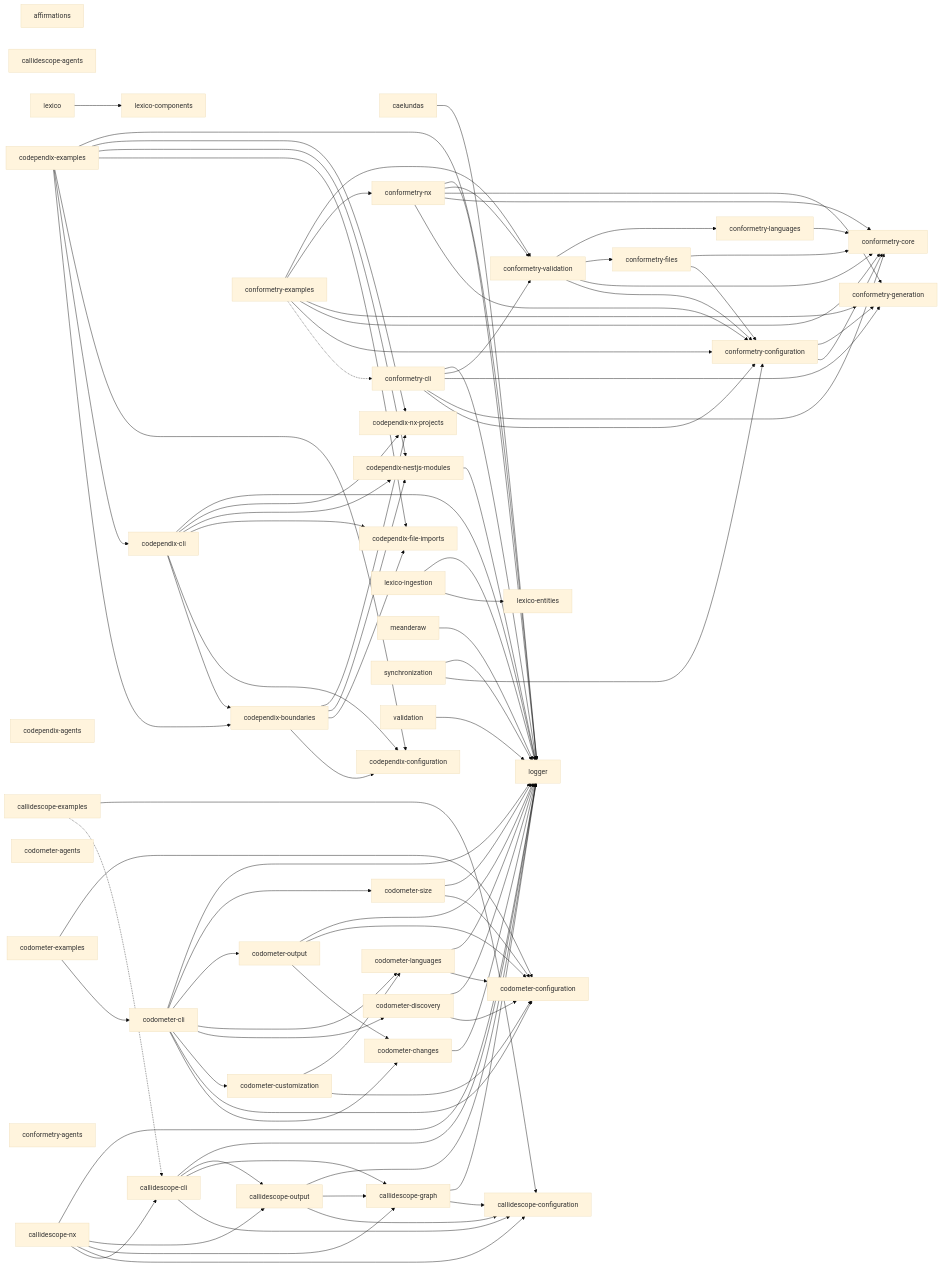
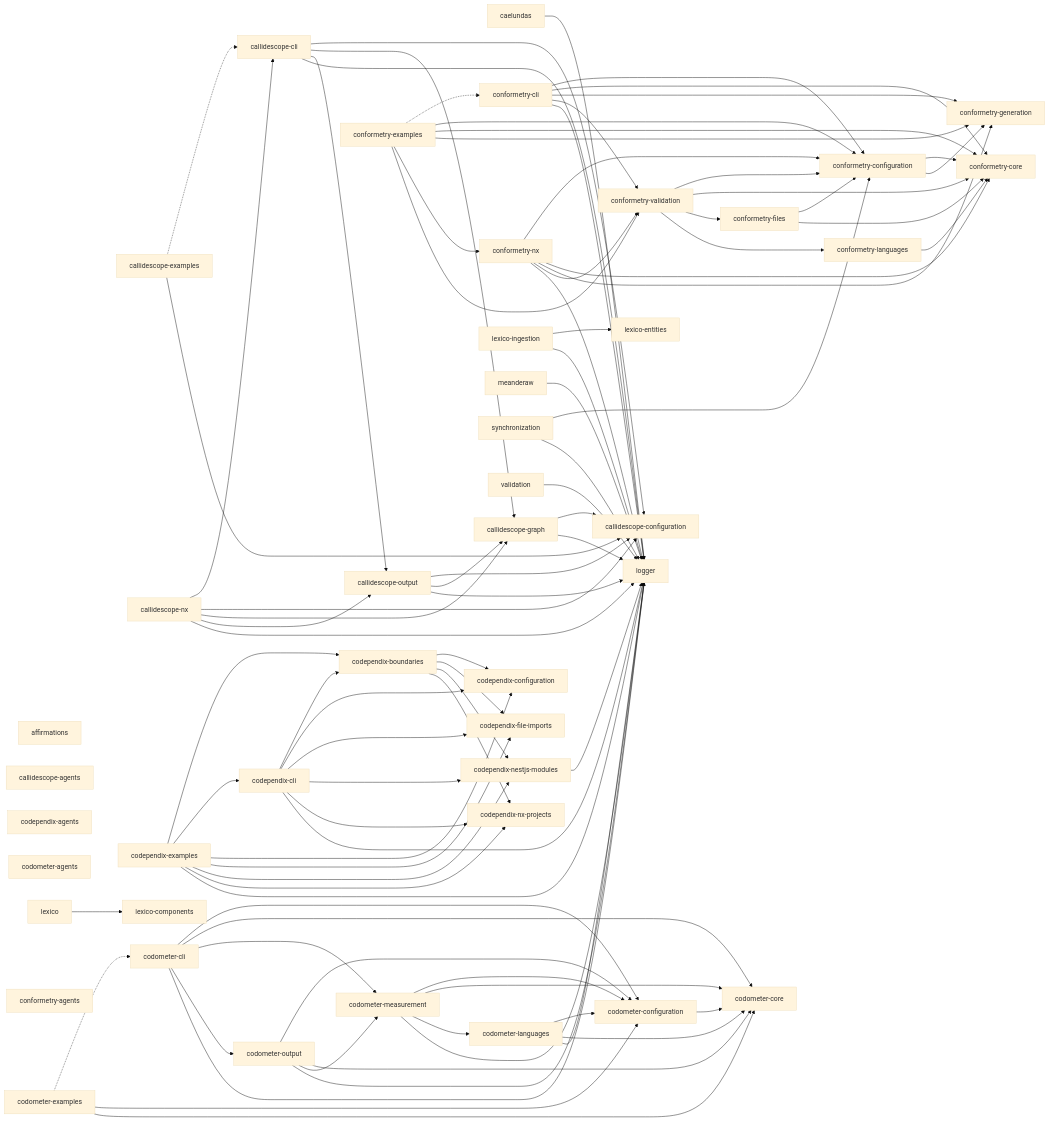
The diagram in README.md (JimmyPaolini/codebase), drawn with Mermaid (base theme) before and after one commit. The commit also changed other lines of this file and 248 other files, not shown here.

Commit message:
refactor(codometer,configuration): ♻️ put codometer on the ic-suite five-layer spine

```diff
--- a/README.md
+++ b/README.md
@@ -203,15 +201,13 @@
   codependix_nestjs_modules["codependix-nestjs-modules"]
   codependix_nx_projects["codependix-nx-projects"]
   codometer_agents["codometer-agents"]
-  codometer_changes["codometer-changes"]
   codometer_cli["codometer-cli"]
   codometer_configuration["codometer-configuration"]
-  codometer_customization["codometer-customization"]
-  codometer_discovery["codometer-discovery"]
+  codometer_core["codometer-core"]
   codometer_examples["codometer-examples"]
   codometer_languages["codometer-languages"]
+  codometer_measurement["codometer-measurement"]
   codometer_output["codometer-output"]
-  codometer_size["codometer-size"]
   conformetry_agents["conformetry-agents"]
   conformetry_cli["conformetry-cli"]
   conformetry_configuration["conformetry-configuration"]
@@ -265,28 +261,26 @@
   codependix_examples --> codependix_nx_projects
   codependix_examples --> logger
   codependix_nestjs_modules --> logger
-  codometer_changes --> logger
-  codometer_cli --> codometer_changes
   codometer_cli --> codometer_configuration
-  codometer_cli --> codometer_customization
-  codometer_cli --> codometer_discovery
-  codometer_cli --> codometer_languages
+  codometer_cli --> codometer_core
+  codometer_cli --> codometer_measurement
   codometer_cli --> codometer_output
-  codometer_cli --> codometer_size
   codometer_cli --> logger
-  codometer_customization --> codometer_configuration
-  codometer_customization --> codometer_languages
-  codometer_discovery --> codometer_configuration
-  codometer_discovery --> logger
-  codometer_examples --> codometer_cli
+  codometer_configuration --> codometer_core
+  codometer_examples -.-> codometer_cli
   codometer_examples --> codometer_configuration
+  codometer_examples --> codometer_core
   codometer_languages --> codometer_configuration
+  codometer_languages --> codometer_core
   codometer_languages --> logger
-  codometer_output --> codometer_changes
+  codometer_measurement --> codometer_configuration
+  codometer_measurement --> codometer_core
+  codometer_measurement --> codometer_languages
+  codometer_measurement --> logger
   codometer_output --> codometer_configuration
+  codometer_output --> codometer_core
+  codometer_output --> codometer_measurement
   codometer_output --> logger
-  codometer_size --> codometer_configuration
-  codometer_size --> logger
   conformetry_cli --> conformetry_configuration
   conformetry_cli --> conformetry_core
   conformetry_cli --> conformetry_generation
```
